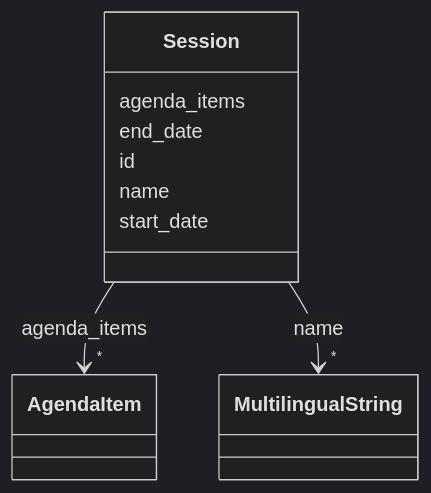
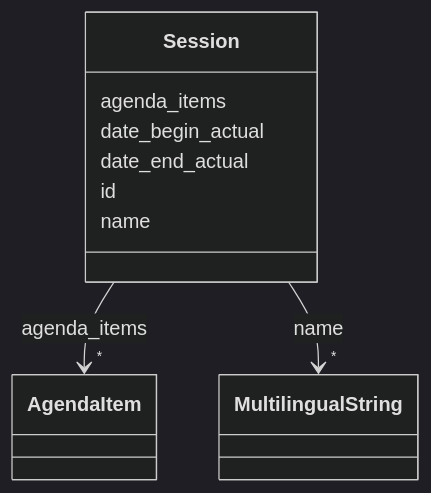
One commit to swiss/political-affairs-ech-group changed the diagram in tutorial/output/docs/Session.md. Above: the diagram before and after it, drawn with Mermaid (dark theme). The commit also changed other lines of this file and 58 other files, not shown here.

````diff
--- a/tutorial/output/docs/Session.md
+++ b/tutorial/output/docs/Session.md
@@ -14,34 +13,34 @@
 ```mermaid
  classDiagram
     class Session
-    click Session href "../Session"
+    click Session href "../Session/"
       Session : agenda_items
         
           
     
         
         
         Session --> "*" AgendaItem : agenda_items
-        click AgendaItem href "../AgendaItem"
+        click AgendaItem href "../AgendaItem/"
     
 
         
-      Session : end_date
+      Session : date_begin_actual
+        
+      Session : date_end_actual
         
       Session : id
         
       Session : name
         
           
     
         
         
         Session --> "*" MultilingualString : name
-        click MultilingualString href "../MultilingualString"
+        click MultilingualString href "../MultilingualString/"
     
 
         
-      Session : start_date
-        
       
 ```
````
